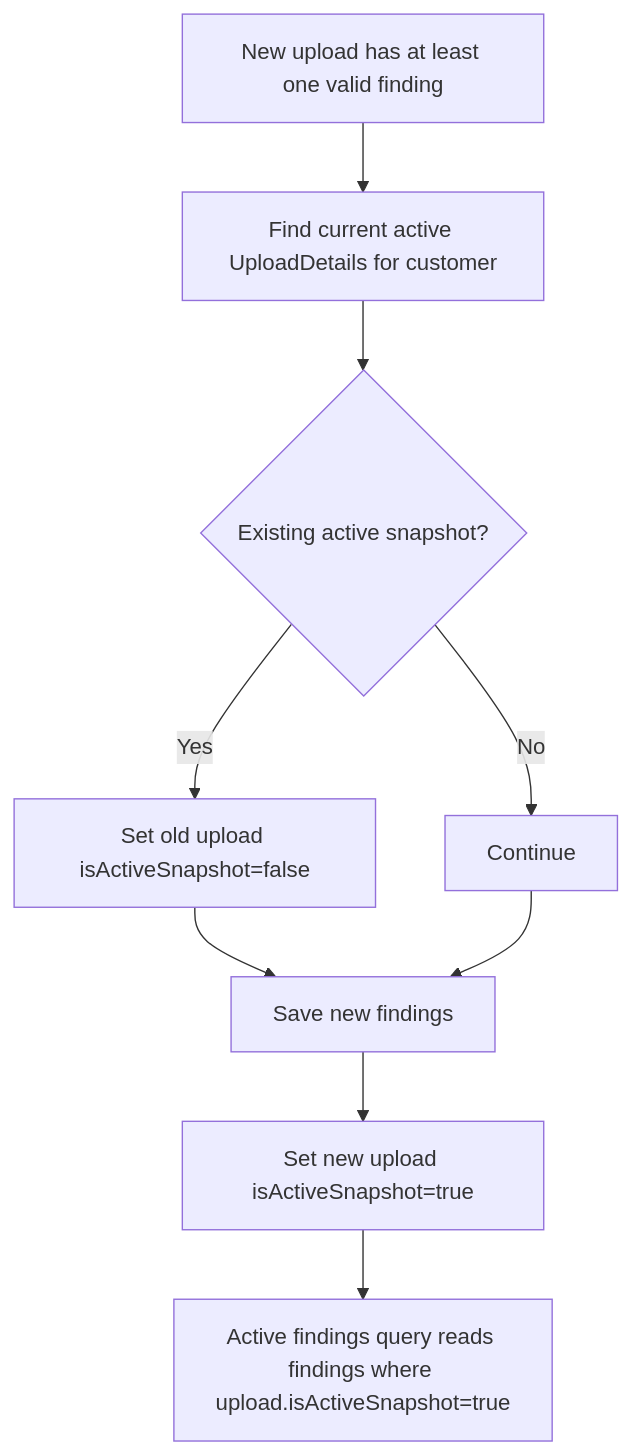
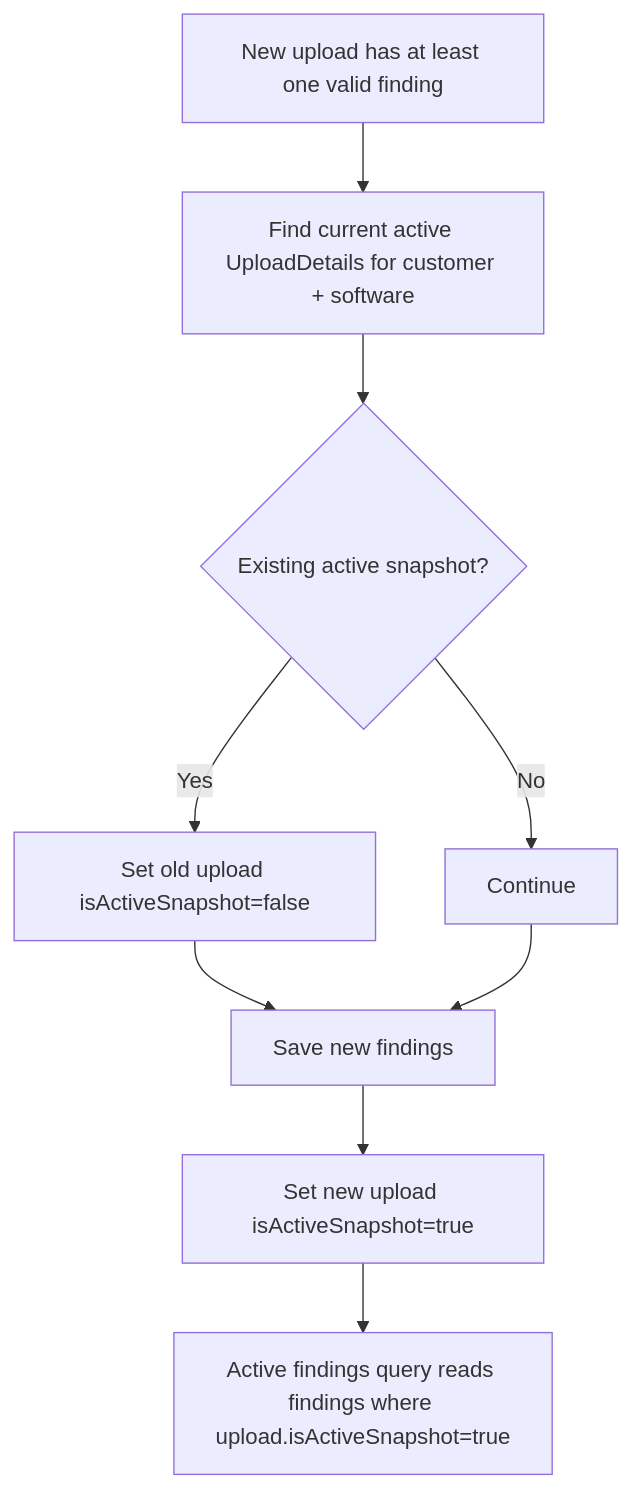
The seventh of 7 diagrams in ARCHITECTURE_AND_INGESTION_FLOW.md (selva-czs/SecVulManager), drawn with Mermaid before and after one commit. The commit also changed other lines of this file and 40 other files, not shown here.

Commit message:
changes to active records, single template per vendor software and mapped usage of softwares for customers

````diff
--- a/ARCHITECTURE_AND_INGESTION_FLOW.md
+++ b/ARCHITECTURE_AND_INGESTION_FLOW.md
@@ -438,11 +471,11 @@
 ```mermaid
 flowchart TD
-  A["New upload has at least one valid finding"] --> B["Find current active UploadDetails for customer"]
+  A["New upload has at least one valid finding"] --> B["Find current active UploadDetails for customer + software"]
   B --> C{"Existing active snapshot?"}
   C -- "Yes" --> D["Set old upload isActiveSnapshot=false"]
   C -- "No" --> E["Continue"]
   D --> F["Save new findings"]
   E --> F
   F --> G["Set new upload isActiveSnapshot=true"]
   G --> H["Active findings query reads findings where upload.isActiveSnapshot=true"]
 ```
````
